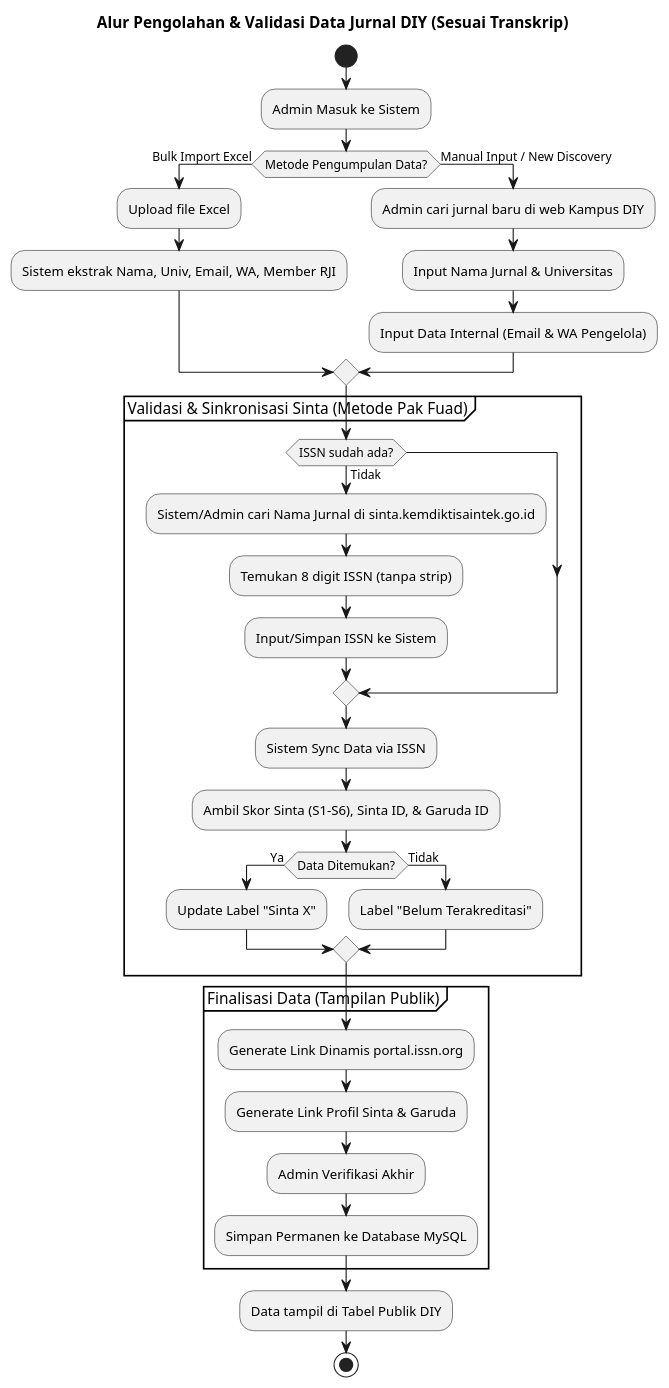
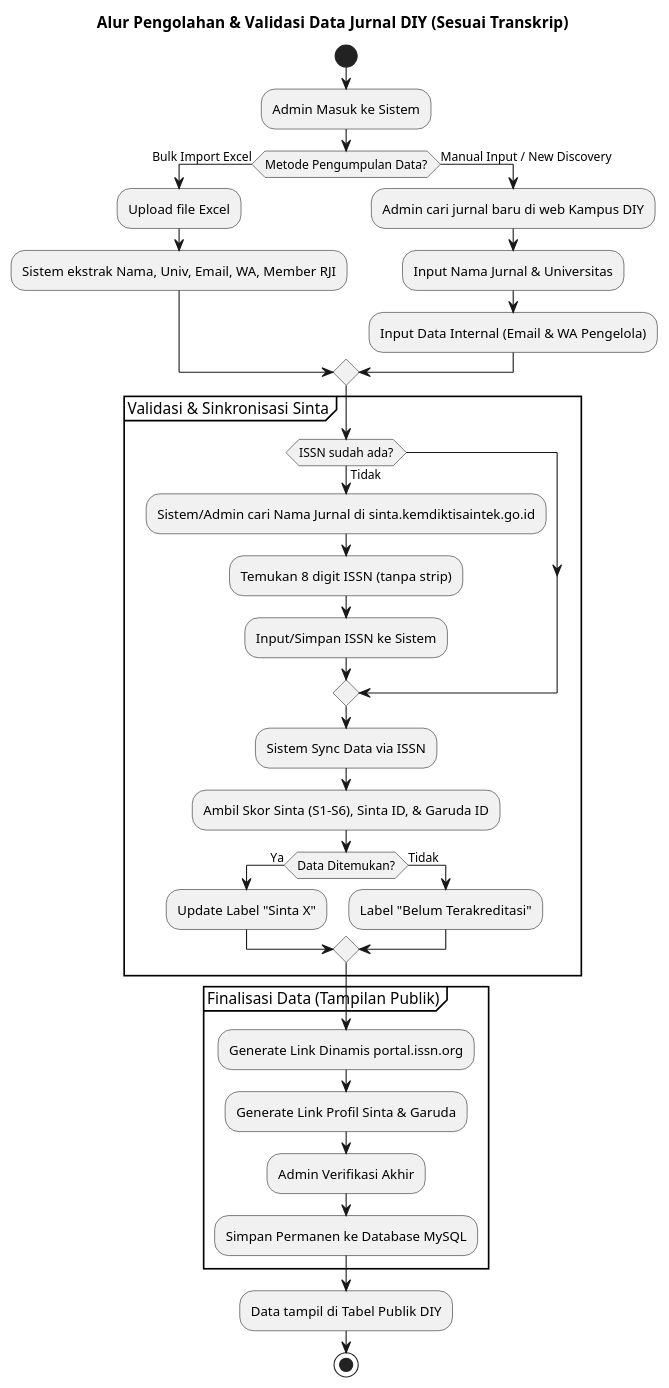
Before and after one commit to adilaroisa/dbj: the diagram in flow.puml, drawn with PlantUML.

```diff
--- a/flow.puml
+++ b/flow.puml
@@ -1,41 +1,41 @@
 @startuml
 title Alur Pengolahan & Validasi Data Jurnal DIY (Sesuai Transkrip)
 
 start
 :Admin Masuk ke Sistem;
 
 if (Metode Pengumpulan Data?) then (Bulk Import Excel)
   :Upload file Excel;
   :Sistem ekstrak Nama, Univ, Email, WA, Member RJI;
 else (Manual Input / New Discovery)
   :Admin cari jurnal baru di web Kampus DIY;
   :Input Nama Jurnal & Universitas;
   :Input Data Internal (Email & WA Pengelola);
 endif
 
-partition "Validasi & Sinkronisasi Sinta (Metode Pak Fuad)" {
+partition "Validasi & Sinkronisasi Sinta" {
   if (ISSN sudah ada?) then (Tidak)
     :Sistem/Admin cari Nama Jurnal di sinta.kemdiktisaintek.go.id;
     :Temukan 8 digit ISSN (tanpa strip);
     :Input/Simpan ISSN ke Sistem;
   endif
 
   :Sistem Sync Data via ISSN;
   :Ambil Skor Sinta (S1-S6), Sinta ID, & Garuda ID;
   if (Data Ditemukan?) then (Ya)
     :Update Label "Sinta X";
   else (Tidak)
     :Label "Belum Terakreditasi";
   endif
 }
 
 partition "Finalisasi Data (Tampilan Publik)" {
   :Generate Link Dinamis portal.issn.org;
   :Generate Link Profil Sinta & Garuda;
   :Admin Verifikasi Akhir;
   :Simpan Permanen ke Database MySQL;
 }
 
 :Data tampil di Tabel Publik DIY;
 stop
 @enduml
```
